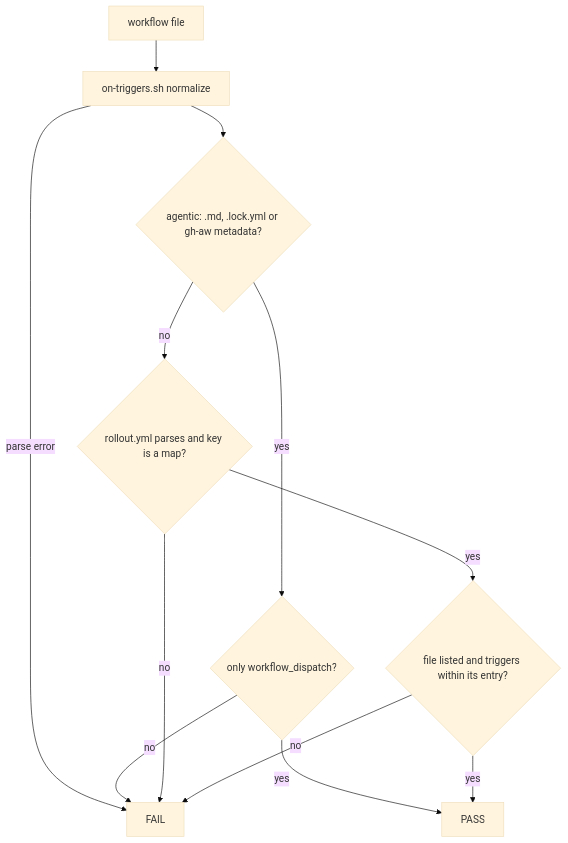
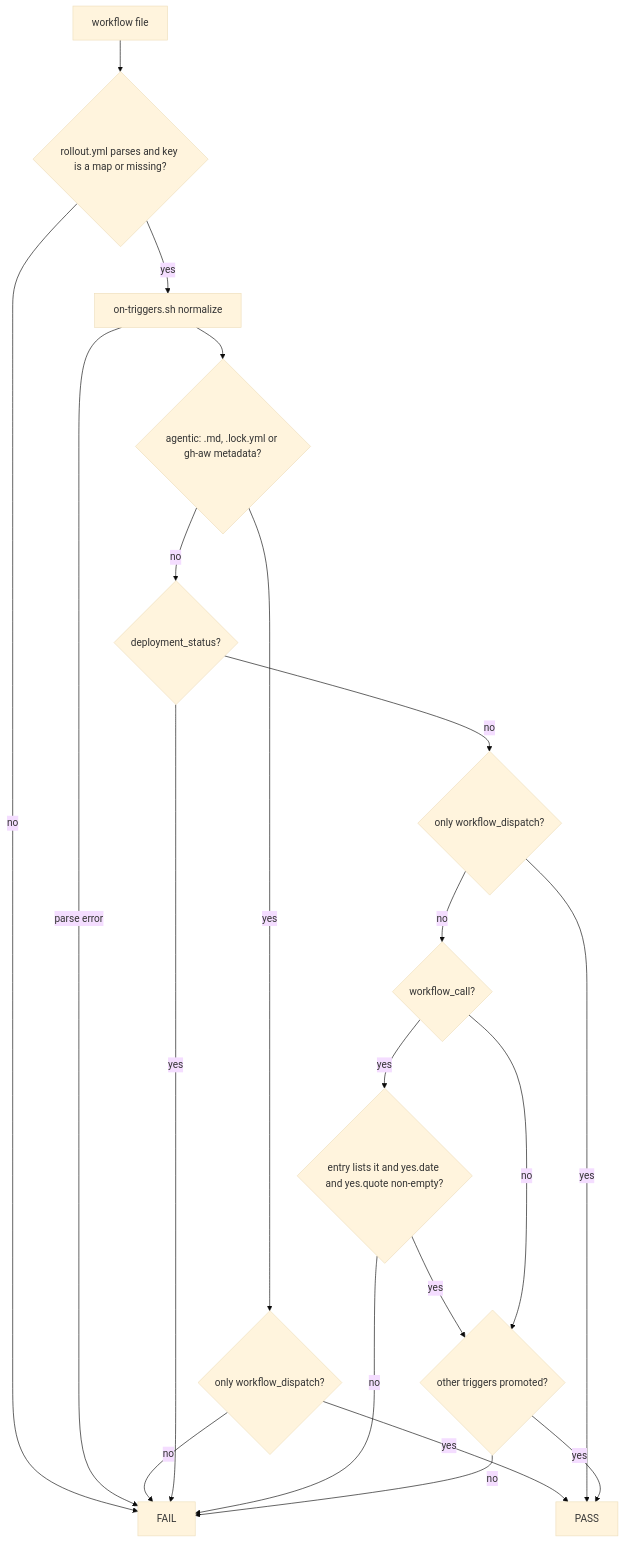
The first of 2 diagrams in docs/pbi/smoke/SM05.md (svennijhuis/agentic-workflows), drawn with Mermaid (base theme) before and after one commit. The commit also changed other lines of this file and 6 other files, not shown here.

Commit message:
docs(pbi): smoke SM03-SM07, Cursor review fixes at 3c65a17, workflow_call instead of deployment_status (nonprod), own smoke environment

````diff
--- a/docs/pbi/smoke/SM05.md
+++ b/docs/pbi/smoke/SM05.md
@@ -65,14 +87,22 @@
 ```mermaid
 flowchart TD
-  F[workflow file] --> N[on-triggers.sh normalize]
-  N -->|parse error| X[FAIL]
+  F[workflow file] --> RP{rollout.yml parses and key is a map or missing?}
+  RP -->|no| X[FAIL]
+  RP -->|yes| N[on-triggers.sh normalize]
+  N -->|parse error| X
   N --> K{agentic: .md, .lock.yml or gh-aw metadata?}
   K -->|yes| D{only workflow_dispatch?}
   D -->|no| X
   D -->|yes| OK[PASS]
-  K -->|no| R{rollout.yml parses and key is a map?}
-  R -->|no| X
-  R -->|yes| L{file listed and triggers within its entry?}
-  L -->|yes| OK
+  K -->|no| DS{deployment_status?}
+  DS -->|yes| X
+  DS -->|no| WD{only workflow_dispatch?}
+  WD -->|yes| OK
+  WD -->|no| WC{workflow_call?}
+  WC -->|yes| L{entry lists it and yes.date and yes.quote non-empty?}
   L -->|no| X
+  L -->|yes| P
+  WC -->|no| P{other triggers promoted?}
+  P -->|yes| OK
+  P -->|no| X
 ```
````
